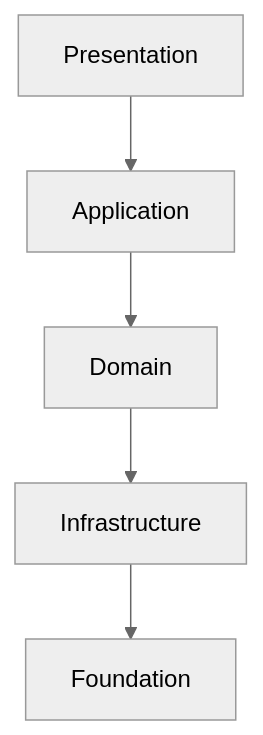
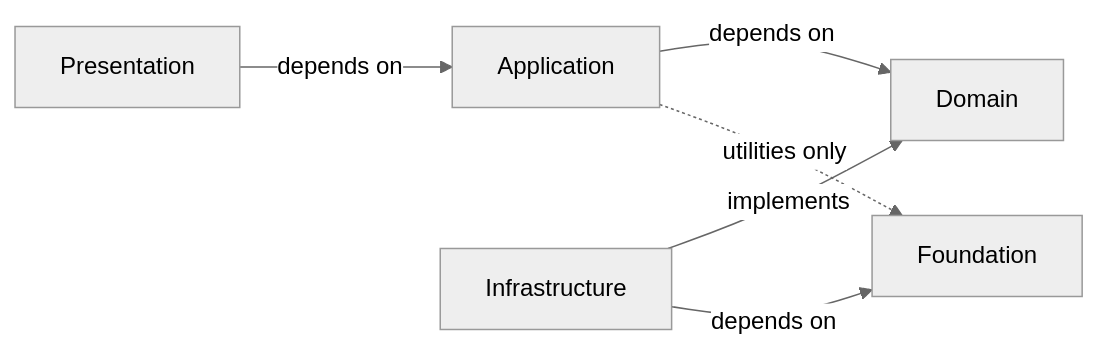
The second of 3 diagrams in Documentation/Architecture/01_SYSTEM_OVERVIEW.md (strim-cmd/Omnia), drawn with Mermaid (neutral theme) before and after one commit. The commit also changed other lines of this file and 14 other files, not shown here.

Commit message:
architecture foundation done

````diff
--- a/Documentation/Architecture/01_SYSTEM_OVERVIEW.md
+++ b/Documentation/Architecture/01_SYSTEM_OVERVIEW.md
@@ -190,7 +182,8 @@
 ```mermaid
-flowchart TB
-    Presentation["Presentation"] --> Application["Application"]
-    Application --> Domain["Domain"]
-    Domain --> Infrastructure["Infrastructure"]
-    Infrastructure --> Foundation["Foundation"]
+flowchart LR
+    Presentation["Presentation"] -->|depends on| Application["Application"]
+    Application -->|depends on| Domain["Domain"]
+    Infrastructure["Infrastructure"] -->|implements| Domain
+    Infrastructure -->|depends on| Foundation["Foundation"]
+    Application -.->|utilities only| Foundation
 ```
````
